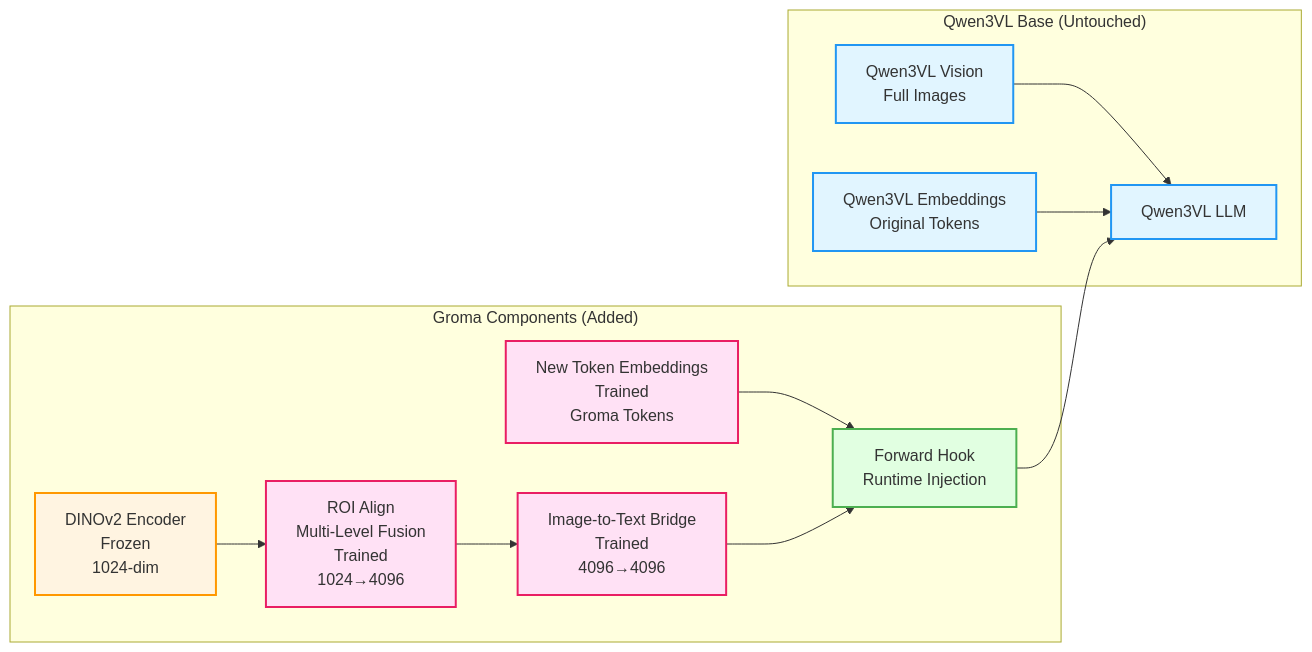
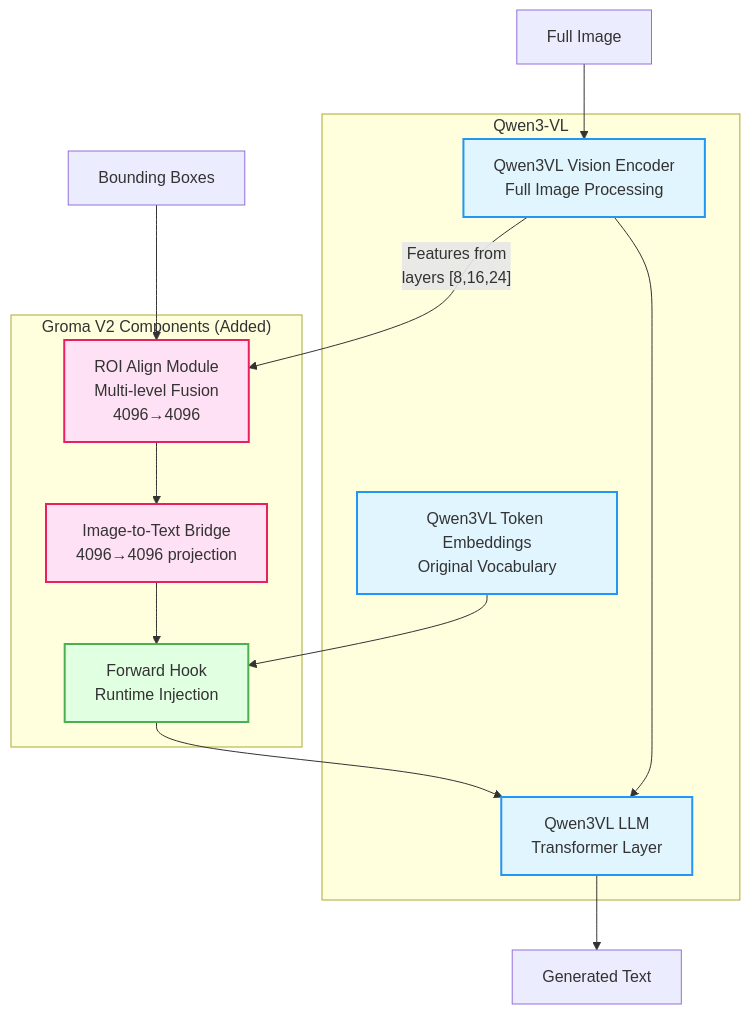
The second of 5 diagrams in docs/RETRAIN_PLAN_QWEN3VL.md (shaunliew-sit/Groma), drawn with Mermaid before and after one commit. The commit also changed other lines of this file and 15 other files, not shown here.

Commit message:
groma qwen v2 implementation and evaluation

````diff
--- a/docs/RETRAIN_PLAN_QWEN3VL.md
+++ b/docs/RETRAIN_PLAN_QWEN3VL.md
@@ -109,25 +100,33 @@
 ```mermaid
-graph LR
-    subgraph "Groma Components (Added)"
-        A[DINOv2 Encoder<br/>Frozen<br/>1024-dim] --> B[ROI Align<br/>Multi-Level Fusion<br/>Trained<br/>1024→4096]
-        B --> C[Image-to-Text Bridge<br/>Trained<br/>4096→4096]
-        D[New Token Embeddings<br/>Trained<br/>Groma Tokens] --> E[Forward Hook<br/>Runtime Injection]
-        C --> E
+flowchart TB
+    subgraph Qwen3VL["Qwen3-VL"]
+        TokenEmbed["Qwen3VL Token Embeddings<br/>Original Vocabulary"]
+        VisionEncoder["Qwen3VL Vision Encoder<br/>Full Image Processing"]
+        LLM["Qwen3VL LLM<br/>Transformer Layer"]
     end
     
-    subgraph "Qwen3VL Base (Untouched)"
-        F[Qwen3VL Vision<br/>Full Images] --> G[Qwen3VL LLM]
-        H[Qwen3VL Embeddings<br/>Original Tokens] --> G
+    subgraph GromaComponents["Groma V2 Components (Added)"]
+        ROIAlign["ROI Align Module<br/>Multi-level Fusion<br/>4096→4096"]
+        Bridge["Image-to-Text Bridge<br/>4096→4096 projection"]
+        Hook["Forward Hook<br/>Runtime Injection"]
     end
     
-    E --> G
+    FullImage[Full Image] --> VisionEncoder
+    BBoxes[Bounding Boxes] --> ROIAlign
     
-    style A fill:#fff4e1,stroke:#ff9800,stroke-width:2px
-    style B fill:#ffe1f5,stroke:#e91e63,stroke-width:2px
-    style C fill:#ffe1f5,stroke:#e91e63,stroke-width:2px
-    style D fill:#ffe1f5,stroke:#e91e63,stroke-width:2px
-    style E fill:#e1ffe1,stroke:#4caf50,stroke-width:2px
-    style F fill:#e1f5ff,stroke:#2196f3,stroke-width:2px
-    style G fill:#e1f5ff,stroke:#2196f3,stroke-width:2px
-    style H fill:#e1f5ff,stroke:#2196f3,stroke-width:2px
+    VisionEncoder --> |"Features from<br/>layers [8,16,24]"| ROIAlign
+    ROIAlign --> Bridge
+    Bridge --> Hook
+    TokenEmbed --> Hook
+    Hook --> LLM
+    VisionEncoder --> LLM
+    
+    LLM --> Output[Generated Text]
+    
+    style TokenEmbed fill:#e1f5ff,stroke:#2196f3,stroke-width:2px
+    style VisionEncoder fill:#e1f5ff,stroke:#2196f3,stroke-width:2px
+    style LLM fill:#e1f5ff,stroke:#2196f3,stroke-width:2px
+    style ROIAlign fill:#ffe1f5,stroke:#e91e63,stroke-width:2px
+    style Bridge fill:#ffe1f5,stroke:#e91e63,stroke-width:2px
+    style Hook fill:#e1ffe1,stroke:#4caf50,stroke-width:2px
 ```
````
